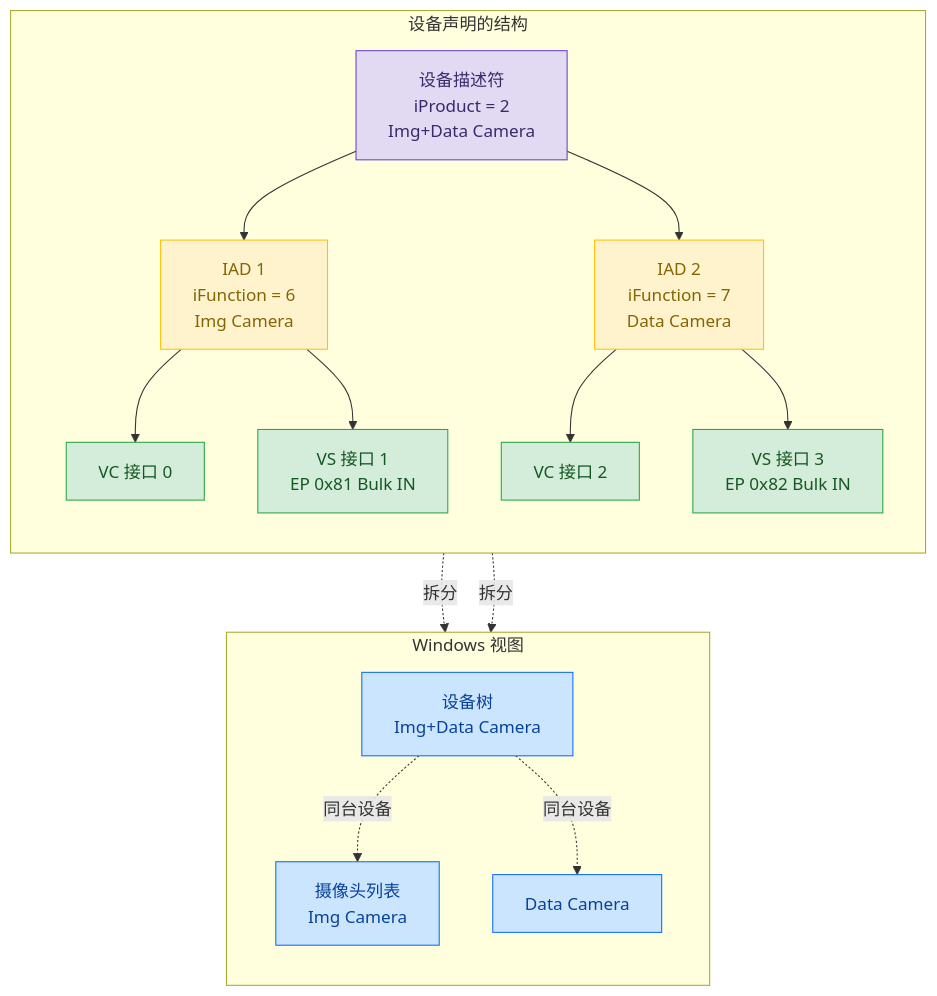
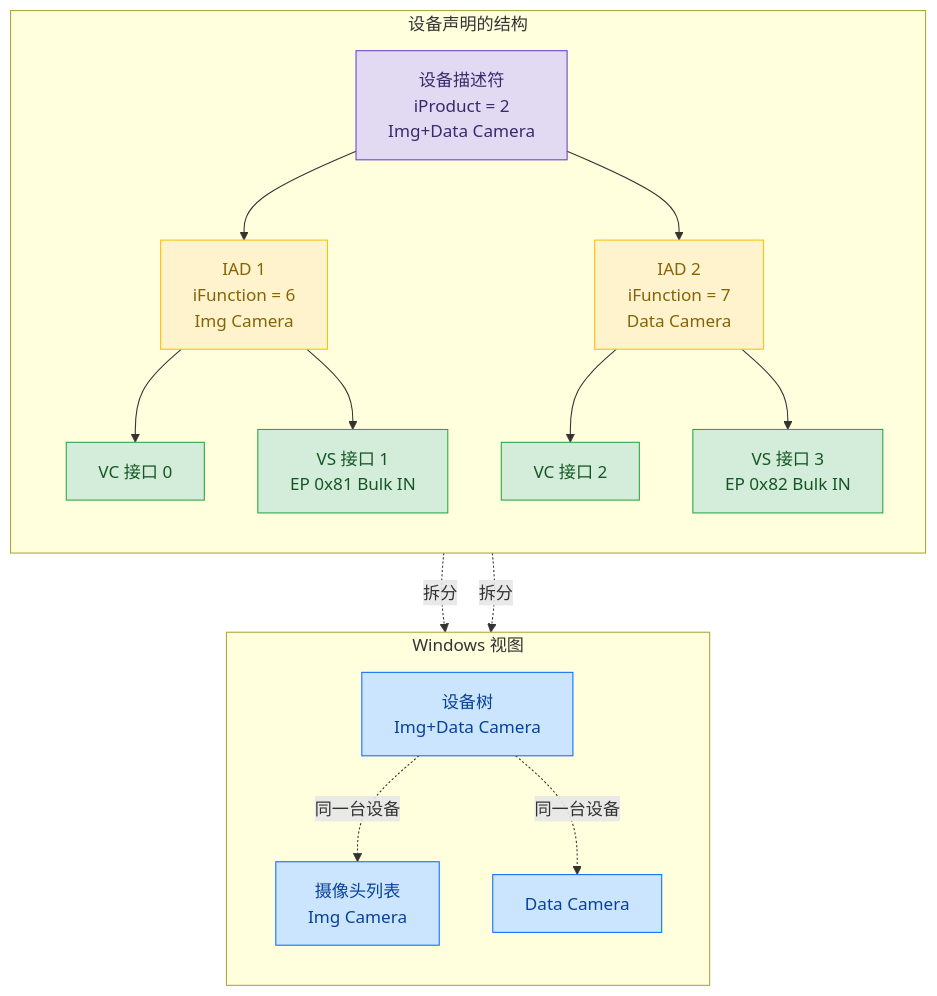
The first of 2 diagrams in content/posts/architecture/embedded_usb_dual_video_output.md (DeguiLiu/tech-notes), drawn with Mermaid before and after one commit. The commit also changed other lines of this file, not shown here.

````diff
--- a/content/posts/architecture/embedded_usb_dual_video_output.md
+++ b/content/posts/architecture/embedded_usb_dual_video_output.md
@@ -26,34 +28,34 @@
 ```mermaid
 flowchart TB
     subgraph DEV["设备声明的结构"]
         direction TB
         D["设备描述符<br/>iProduct = 2<br/>Img+Data Camera"]:::dev
         IAD1["IAD 1<br/>iFunction = 6<br/>Img Camera"]:::fn
         VC1["VC 接口 0"]:::itf
         VS1["VS 接口 1<br/>EP 0x81 Bulk IN"]:::itf
         IAD2["IAD 2<br/>iFunction = 7<br/>Data Camera"]:::fn
         VC2["VC 接口 2"]:::itf
         VS2["VS 接口 3<br/>EP 0x82 Bulk IN"]:::itf
         D --> IAD1
         D --> IAD2
         IAD1 --> VC1
         IAD1 --> VS1
         IAD2 --> VC2
         IAD2 --> VS2
     end
     subgraph WIN["Windows 视图"]
         direction TB
         DM["设备树<br/>Img+Data Camera"]:::host
         L1["摄像头列表<br/>Img Camera"]:::host
         L2["Data Camera"]:::host
-        DM -.->|"同台设备"| L1
-        DM -.->|"同台设备"| L2
+        DM -.->|"同一台设备"| L1
+        DM -.->|"同一台设备"| L2
     end
     IAD1 -.->|"拆分"| L1
     IAD2 -.->|"拆分"| L2
 
     classDef dev fill:#e2d9f3,stroke:#6f42c1,color:#3b2a6b;
     classDef fn fill:#fff3cd,stroke:#ffc107,color:#856404;
     classDef itf fill:#d4edda,stroke:#28a745,color:#155724;
     classDef host fill:#cce5ff,stroke:#0d6efd,color:#084298;
 ```
````
